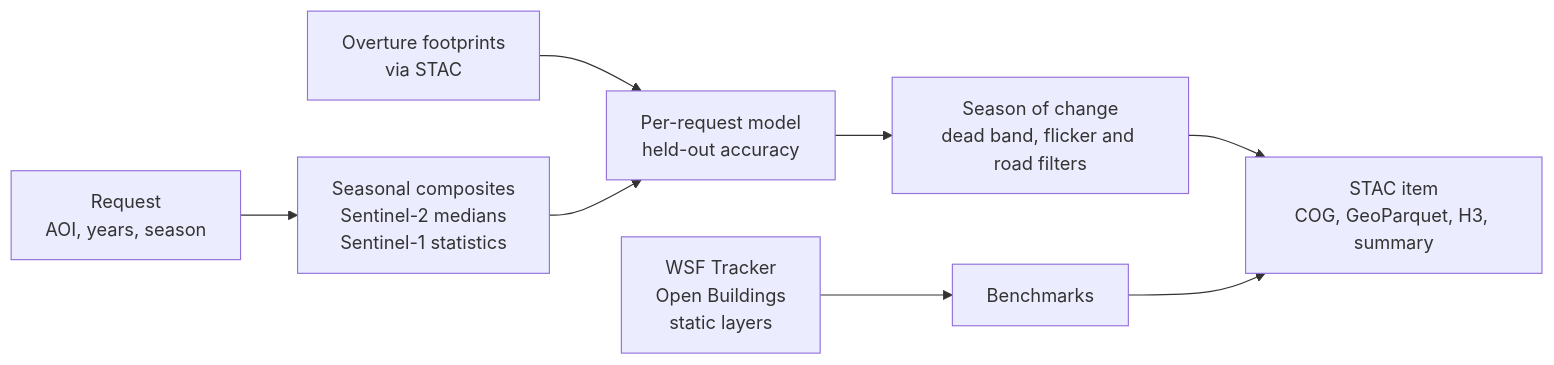
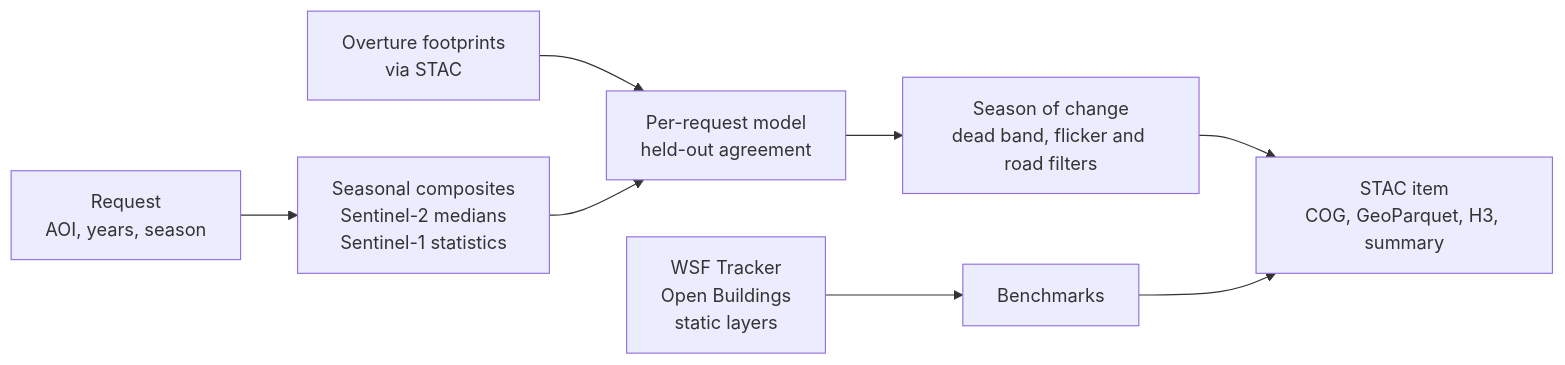
The diagram in README.md (cgiovando/builtup-mcp), drawn with Mermaid before and after one commit. The commit also changed other lines of this file, not shown here.

````diff
--- a/README.md
+++ b/README.md
@@ -102,9 +102,9 @@
 ```mermaid
 flowchart LR
     R[Request<br/>AOI, years, season] --> C[Seasonal composites<br/>Sentinel-2 medians<br/>Sentinel-1 statistics]
     F[Overture footprints<br/>via STAC] --> M
-    C --> M[Per-request model<br/>held-out accuracy]
+    C --> M[Per-request model<br/>held-out agreement]
     M --> T[Season of change<br/>dead band, flicker and road filters]
     T --> P[STAC item<br/>COG, GeoParquet, H3, summary]
     W[WSF Tracker<br/>Open Buildings<br/>static layers] --> B[Benchmarks] --> P
 ```
````
